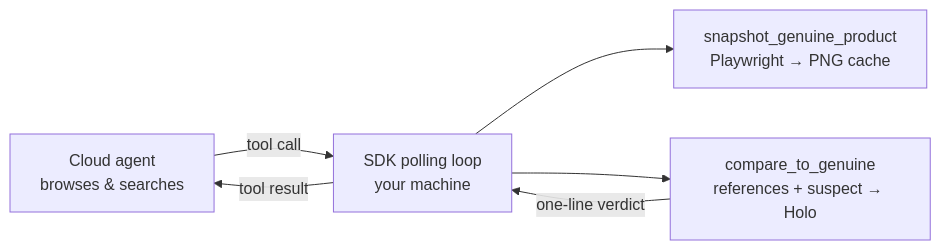
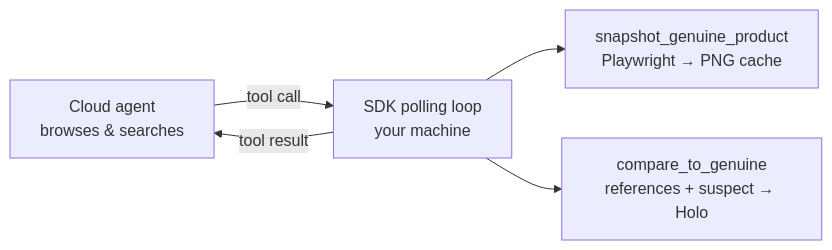
The diagram in examples/counterfeit_detection/README.md (exemplary-citizen/computer-use-hackathon), drawn with Mermaid before and after one commit. The commit also changed other lines of this file, not shown here.

````diff
--- a/examples/counterfeit_detection/README.md
+++ b/examples/counterfeit_detection/README.md
@@ -63,8 +58,7 @@
 ```mermaid
 flowchart LR
   agent[Cloud agent<br/>browses & searches] -->|tool call| loop[SDK polling loop<br/>your machine]
   loop --> snap[snapshot_genuine_product<br/>Playwright → PNG cache]
   loop --> cmp[compare_to_genuine<br/>references + suspect → Holo]
-  cmp -->|one-line verdict| loop
   loop -->|tool result| agent
 ```
````
